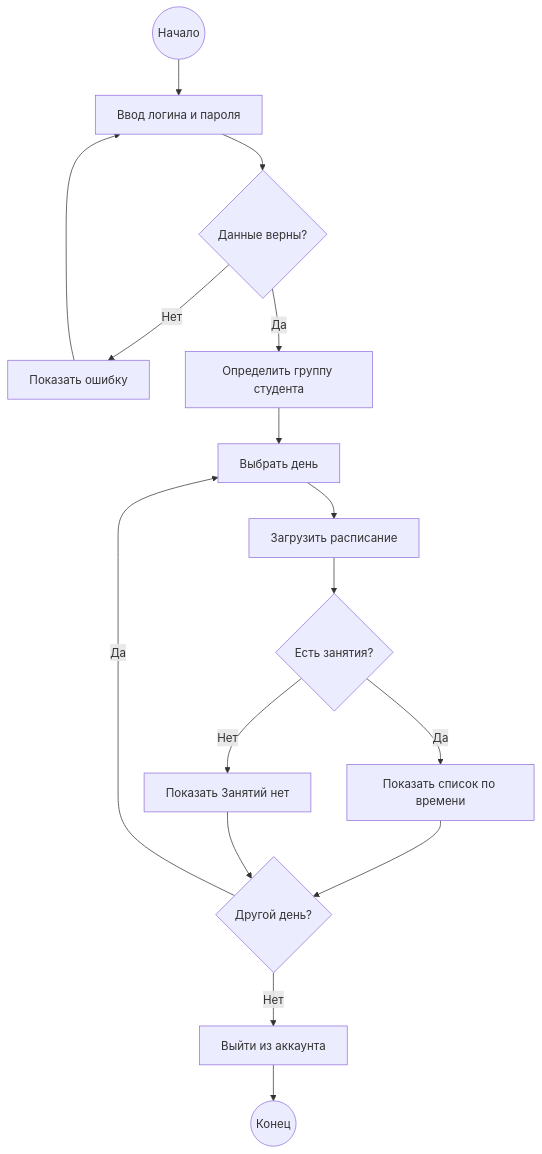
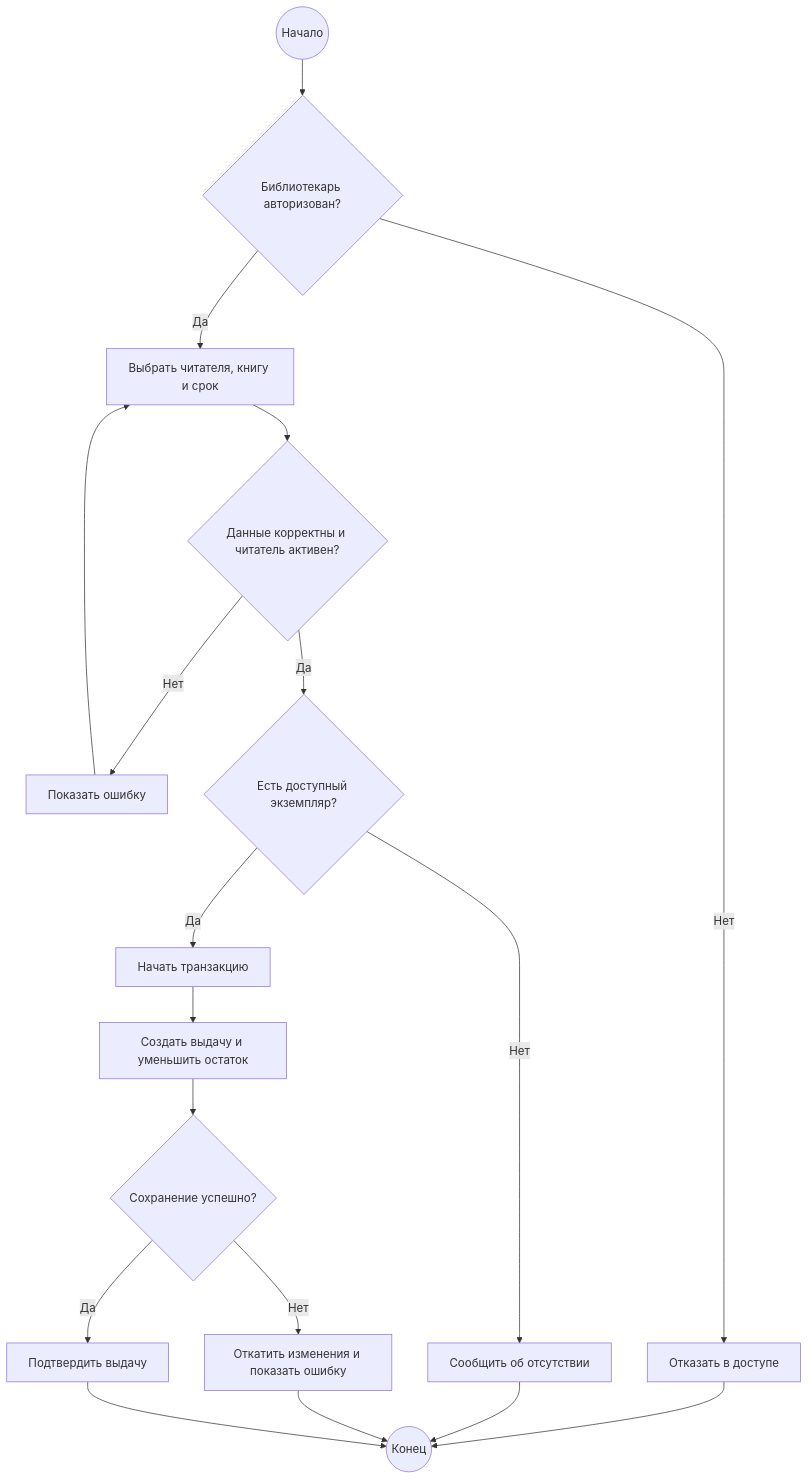
One commit to danmerced/inai-coursework changed the first of 2 diagrams in semester-02/software-engineering/08-activity.md. Above: the diagram before and after it, drawn with Mermaid. The commit also changed other lines of this file and 21 other files, not shown here.

````diff
--- a/semester-02/software-engineering/08-activity.md
+++ b/semester-02/software-engineering/08-activity.md
@@ -5,18 +9,15 @@
 ```mermaid
 flowchart TD
-    A((Начало)) --> B[Ввод логина и пароля]
-    B --> C{Данные верны?}
-    C -->|Нет| D[Показать ошибку]
-    D --> B
-    C -->|Да| E[Определить группу студента]
-    E --> F[Выбрать день]
-    F --> G[Загрузить расписание]
-    G --> H{Есть занятия?}
-    H -->|Да| I[Показать список по времени]
-    H -->|Нет| J[Показать Занятий нет]
-    I --> K{Другой день?}
-    J --> K
-    K -->|Да| F
-    K -->|Нет| L[Выйти из аккаунта]
-    L --> M((Конец))
+    A((Начало)) --> B{Библиотекарь авторизован?}
+    B -->|Нет| C[Отказать в доступе] --> Z((Конец))
+    B -->|Да| D[Выбрать читателя, книгу и срок]
+    D --> E{Данные корректны и читатель активен?}
+    E -->|Нет| F[Показать ошибку] --> D
+    E -->|Да| G{Есть доступный экземпляр?}
+    G -->|Нет| H[Сообщить об отсутствии] --> Z
+    G -->|Да| I[Начать транзакцию]
+    I --> J[Создать выдачу и уменьшить остаток]
+    J --> K{Сохранение успешно?}
+    K -->|Нет| L[Откатить изменения и показать ошибку] --> Z
+    K -->|Да| M[Подтвердить выдачу] --> Z
 ```
````
